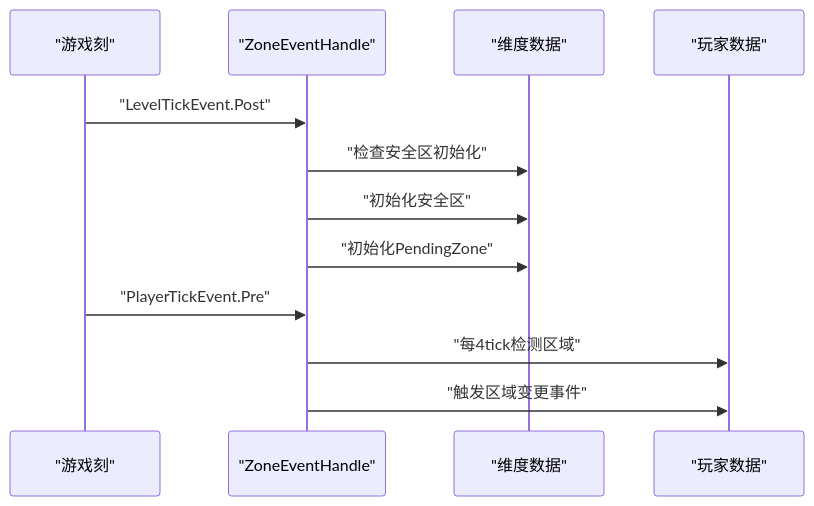
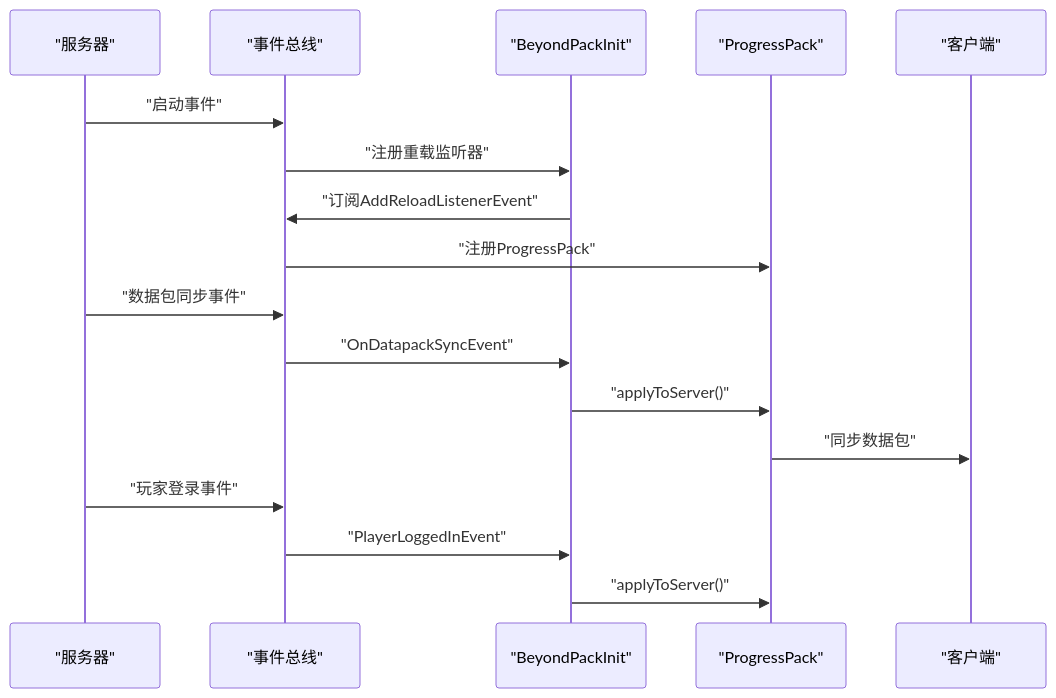
The fourth of 11 diagrams in .qoder/repowiki/zh/content/模块架构/Beyond安全区模块/Beyond安全区模块.md (Ver-shift/SubModulesGeneHunter), drawn with Mermaid before and after one commit. The commit also changed other lines of this file and 61 other files, not shown here.

````diff
--- a/.qoder/repowiki/zh/content/模块架构/Beyond安全区模块/Beyond安全区模块.md
+++ b/.qoder/repowiki/zh/content/模块架构/Beyond安全区模块/Beyond安全区模块.md
@@ -352,14 +226,19 @@
 ```mermaid
 sequenceDiagram
-participant Tick as "游戏刻"
-participant Handler as "ZoneEventHandle"
-participant Level as "维度数据"
-participant Player as "玩家数据"
-Tick->>Handler : "LevelTickEvent.Post"
-Handler->>Level : "检查安全区初始化"
-Handler->>Level : "初始化安全区"
-Handler->>Level : "初始化PendingZone"
-Tick->>Handler : "PlayerTickEvent.Pre"
-Handler->>Player : "每4tick检测区域"
-Handler->>Player : "触发区域变更事件"
+participant Server as "服务器"
+participant Bus as "事件总线"
+participant PackInit as "BeyondPackInit"
+participant ProgressPack as "ProgressPack"
+participant Client as "客户端"
+Server->>Bus : "启动事件"
+Bus->>PackInit : "注册重载监听器"
+PackInit->>Bus : "订阅AddReloadListenerEvent"
+Bus->>ProgressPack : "注册ProgressPack"
+Server->>Bus : "数据包同步事件"
+Bus->>PackInit : "OnDatapackSyncEvent"
+PackInit->>ProgressPack : "applyToServer()"
+ProgressPack->>Client : "同步数据包"
+Server->>Bus : "玩家登录事件"
+Bus->>PackInit : "PlayerLoggedInEvent"
+PackInit->>ProgressPack : "applyToServer()"
 ```
````
